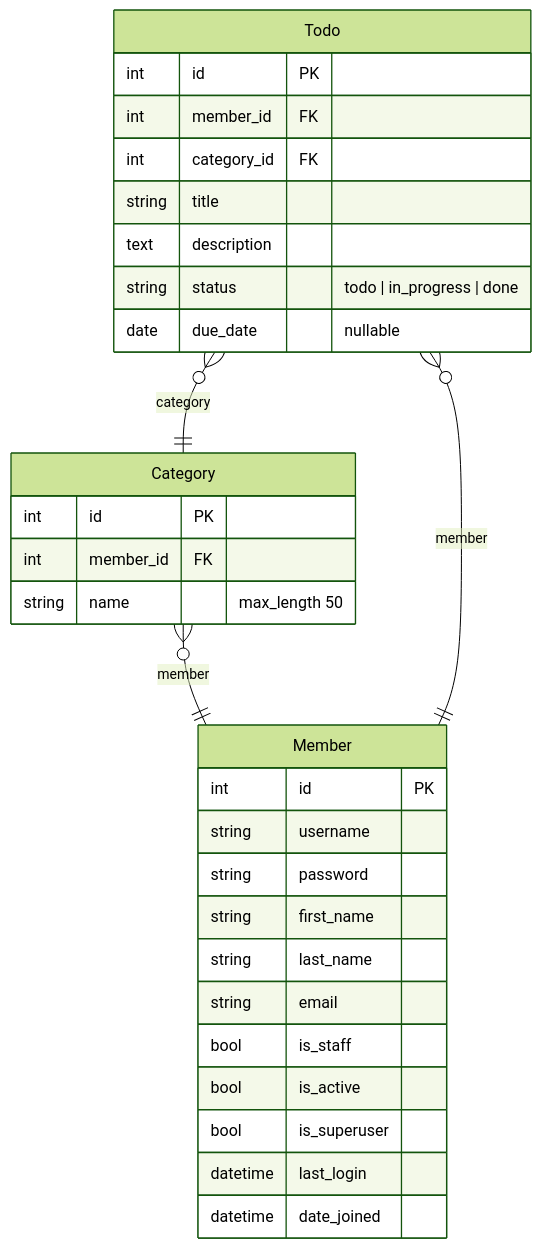
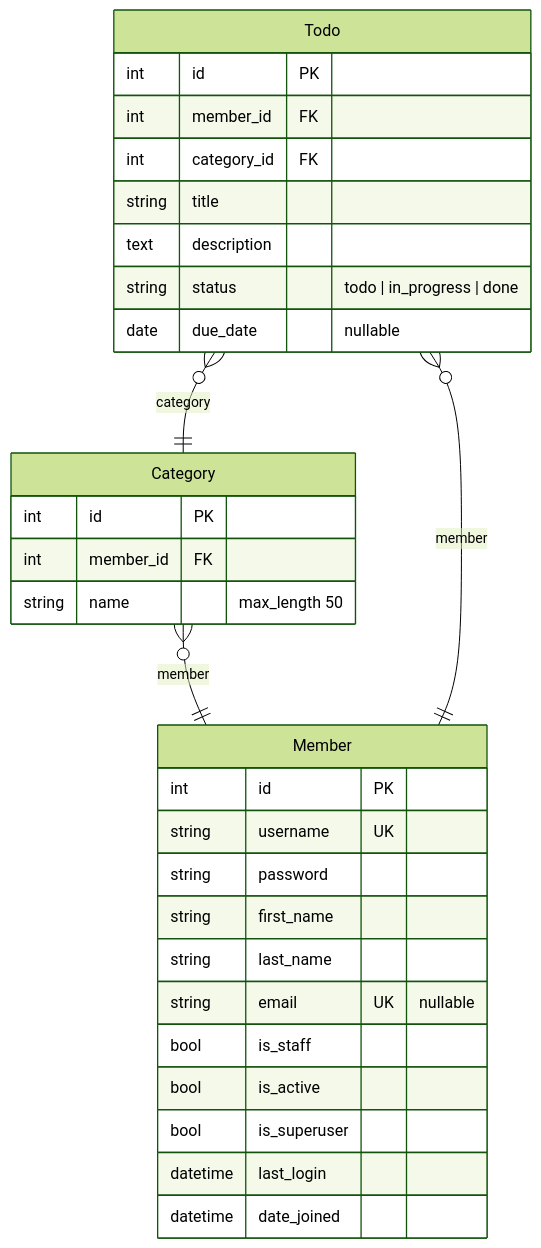
The diagram in docs/erd.md (CS-yorisa/TODO-YORISA), drawn with Mermaid (forest theme) before and after one commit. The commit also changed 1 other file, not shown here.

Commit message:
docs: API 문서 Auth 섹션 추가 및 ERD 갱신

````diff
--- a/docs/erd.md
+++ b/docs/erd.md
@@ -3,33 +3,33 @@
 ```mermaid
 erDiagram
     Member {
         int id PK
-        string username
+        string username UK
         string password
         string first_name
         string last_name
-        string email
+        string email UK "nullable"
         bool is_staff
         bool is_active
         bool is_superuser
         datetime last_login
         datetime date_joined
     }
     Category {
         int id PK
         int member_id FK
         string name "max_length 50"
     }
     Todo {
         int id PK
         int member_id FK
         int category_id FK
         string title
         text description
         string status "todo | in_progress | done"
         date due_date "nullable"
     }
     Category }o--|| Member : "member"
     Todo }o--|| Member : "member"
     Todo }o--|| Category : "category"
 ```
````
